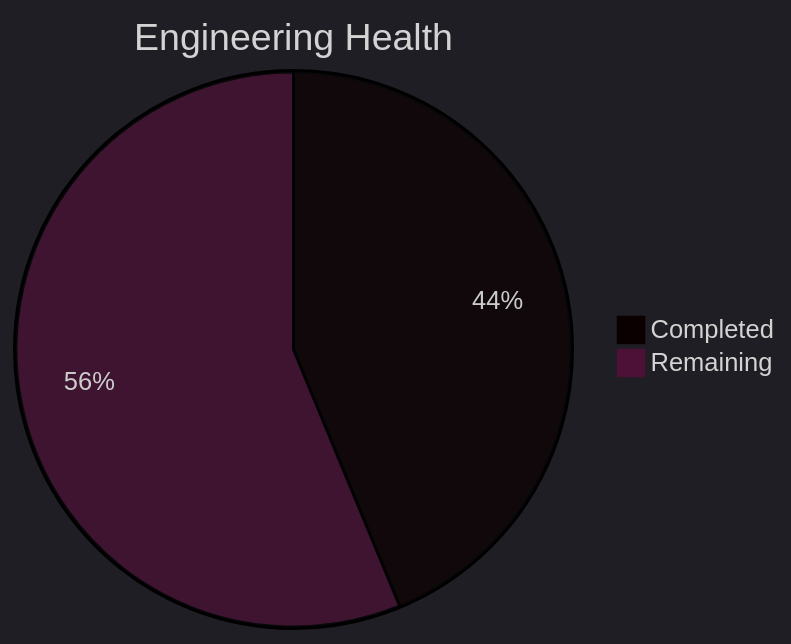
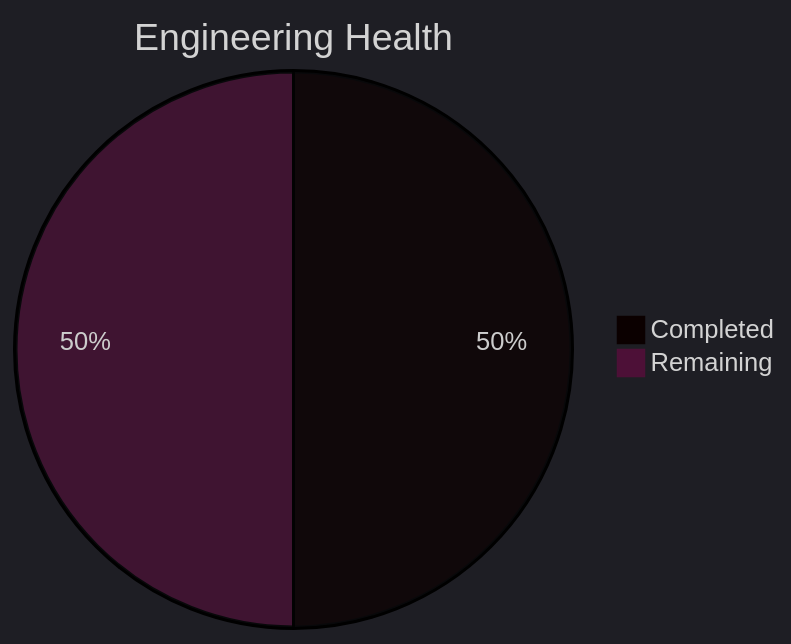
The third of 5 diagrams in tools/SK8Lytz_Bucket_List.md (Neogleamz/SK8Lytz), drawn with Mermaid before and after one commit. The commit also changed other lines of this file and 4 other files, not shown here.

````diff
--- a/tools/SK8Lytz_Bucket_List.md
+++ b/tools/SK8Lytz_Bucket_List.md
@@ -40,6 +40,6 @@
 ```mermaid
 %%{init: {'theme': 'dark'}}%%
 pie title Engineering Health
-  "Completed" : 7
-  "Remaining" : 9
+  "Completed" : 8
+  "Remaining" : 8
 ```
````
